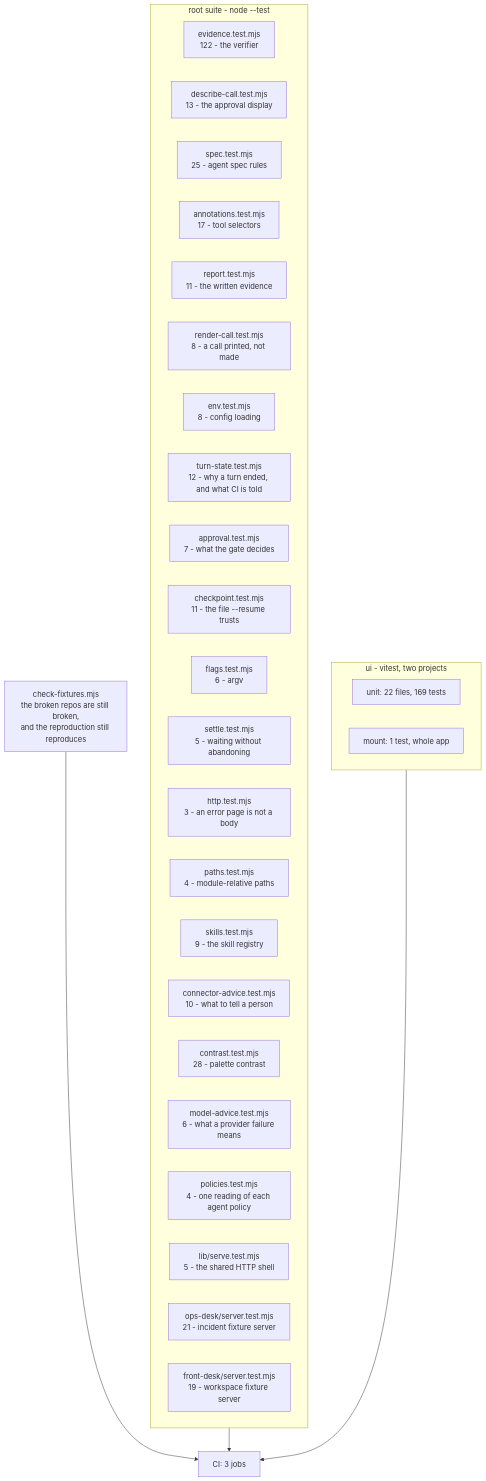
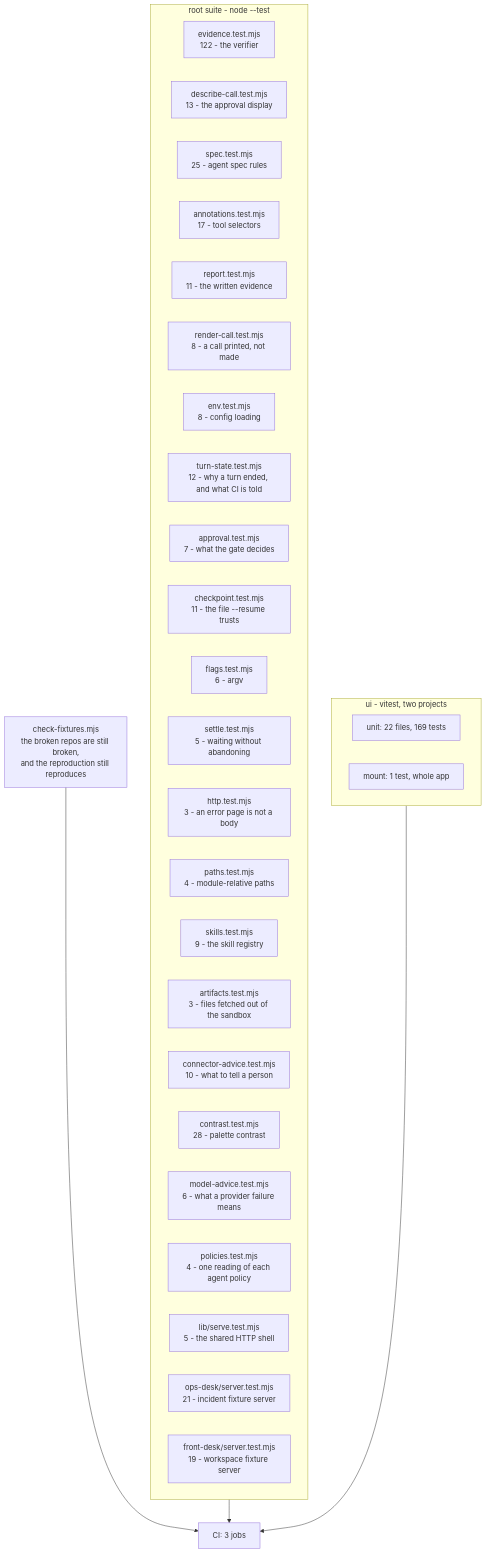
One commit to manumishra12/quartermaster changed the diagram in TESTING.md. Above: the diagram before and after it, drawn with Mermaid. The commit also changed other lines of this file and 6 other files, not shown here.

````diff
--- a/TESTING.md
+++ b/TESTING.md
@@ -30,38 +30,39 @@
 ```mermaid
 flowchart TD
   subgraph root["root suite - node --test"]
     EV["evidence.test.mjs<br/>122 - the verifier"]
     DC["describe-call.test.mjs<br/>13 - the approval display"]
     SP["spec.test.mjs<br/>25 - agent spec rules"]
     AN["annotations.test.mjs<br/>17 - tool selectors"]
     RP["report.test.mjs<br/>11 - the written evidence"]
     RC["render-call.test.mjs<br/>8 - a call printed, not made"]
     EN["env.test.mjs<br/>8 - config loading"]
     TS["turn-state.test.mjs<br/>12 - why a turn ended, and what CI is told"]
     AP["approval.test.mjs<br/>7 - what the gate decides"]
     CK["checkpoint.test.mjs<br/>11 - the file --resume trusts"]
     FL["flags.test.mjs<br/>6 - argv"]
     ST["settle.test.mjs<br/>5 - waiting without abandoning"]
     HT["http.test.mjs<br/>3 - an error page is not a body"]
     PA["paths.test.mjs<br/>4 - module-relative paths"]
     SK["skills.test.mjs<br/>9 - the skill registry"]
+    AR["artifacts.test.mjs<br/>3 - files fetched out of the sandbox"]
     CA["connector-advice.test.mjs<br/>10 - what to tell a person"]
     CO["contrast.test.mjs<br/>28 - palette contrast"]
     MA["model-advice.test.mjs<br/>6 - what a provider failure means"]
     PO["policies.test.mjs<br/>4 - one reading of each agent policy"]
     SV["lib/serve.test.mjs<br/>5 - the shared HTTP shell"]
     OD["ops-desk/server.test.mjs<br/>21 - incident fixture server"]
     FD["front-desk/server.test.mjs<br/>19 - workspace fixture server"]
   end
 
   subgraph ui["ui - vitest, two projects"]
     U1["unit: 22 files, 169 tests"]
     U2["mount: 1 test, whole app"]
   end
 
   FX["check-fixtures.mjs<br/>the broken repos are still broken,<br/>and the reproduction still reproduces"]
 
   root --> CI["CI: 3 jobs"]
   ui --> CI
   FX --> CI
 ```
````
